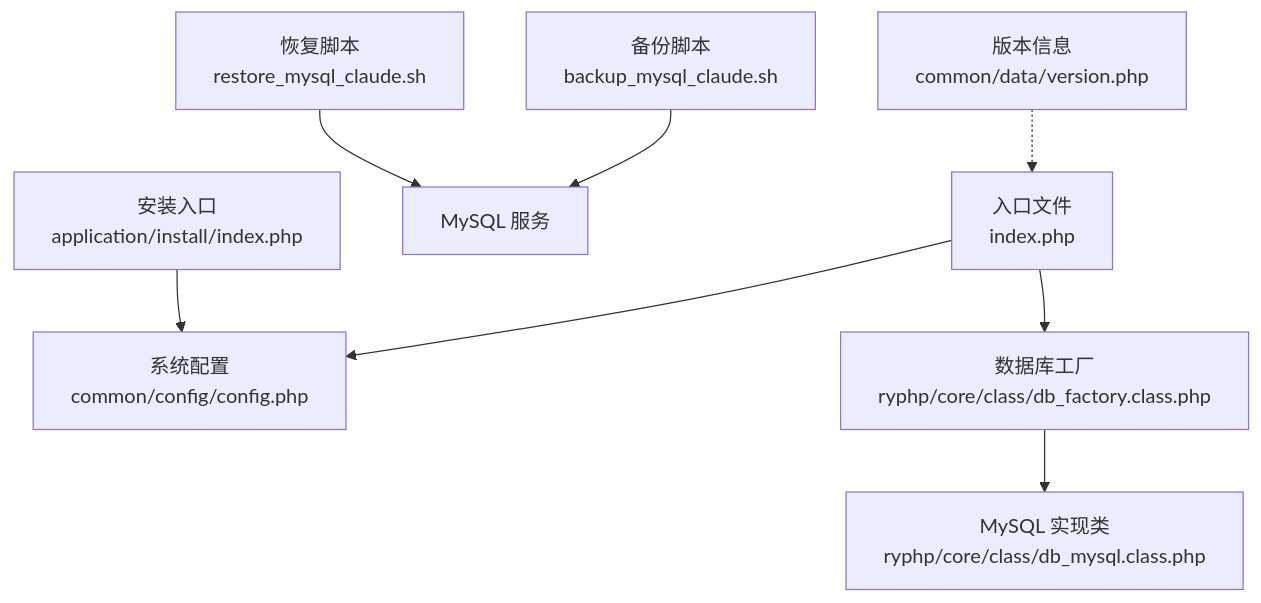
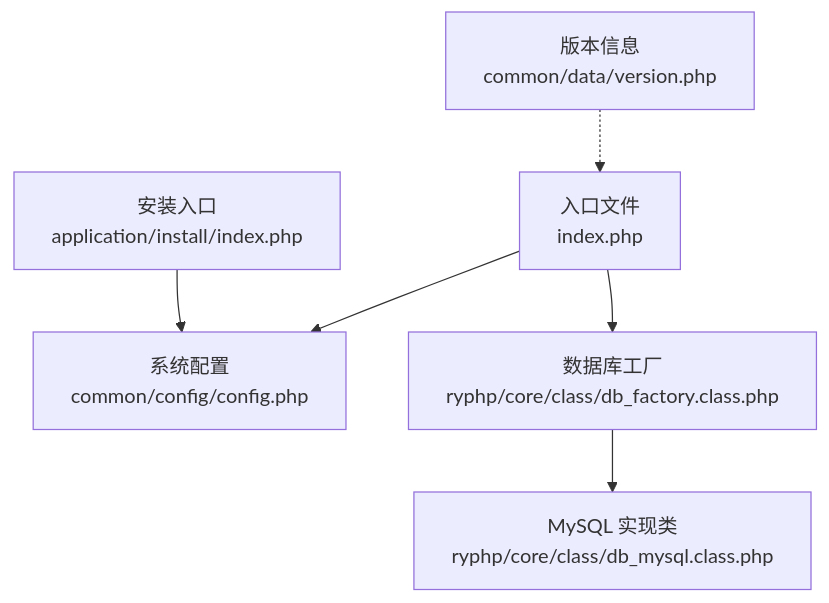
One commit to lirongyaoper/lryblog.com changed the first of 4 diagrams in .qoder/repowiki/zh/content/部署运维/备份恢复/备份恢复.md. Above: the diagram before and after it, drawn with Mermaid. The commit also changed other lines of this file and 3 other files, not shown here.

````diff
--- a/.qoder/repowiki/zh/content/部署运维/备份恢复/备份恢复.md
+++ b/.qoder/repowiki/zh/content/部署运维/备份恢复/备份恢复.md
@@ -37,10 +35,8 @@
 ```mermaid
 graph TB
 A["入口文件<br/>index.php"] --> B["系统配置<br/>common/config/config.php"]
 A --> C["数据库工厂<br/>ryphp/core/class/db_factory.class.php"]
 C --> D["MySQL 实现类<br/>ryphp/core/class/db_mysql.class.php"]
-E["备份脚本<br/>backup_mysql_claude.sh"] --> F["MySQL 服务"]
-G["恢复脚本<br/>restore_mysql_claude.sh"] --> F
-H["安装入口<br/>application/install/index.php"] --> B
-I["版本信息<br/>common/data/version.php"] -.-> A
+E["安装入口<br/>application/install/index.php"] --> B
+F["版本信息<br/>common/data/version.php"] -.-> A
 ```
````
